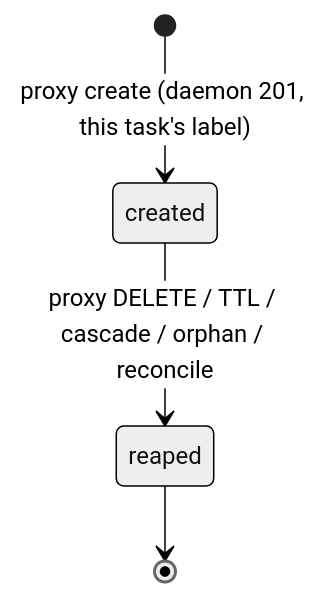
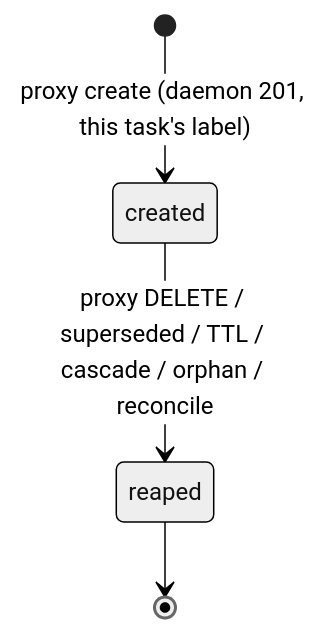
The second of 2 diagrams in design/sandbox.md (iskhakovt/cogmo), drawn with Mermaid (neutral theme) before and after one commit. The commit also changed other lines of this file and 1 other file, not shown here.

First line of the commit message:
docs(sandbox): fix the round-two proxy authz review findings

````diff
--- a/design/sandbox.md
+++ b/design/sandbox.md
@@ -689,6 +705,6 @@
 ```mermaid
 stateDiagram-v2
   [*] --> created: proxy create (daemon 201, this task's label)
-  created --> reaped: proxy DELETE / TTL / cascade / orphan / reconcile
+  created --> reaped: proxy DELETE / superseded / TTL / cascade / orphan / reconcile
   reaped --> [*]
 ```
````
